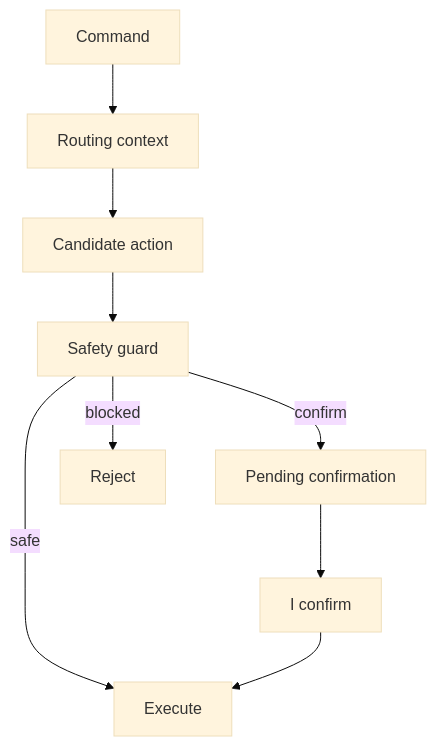
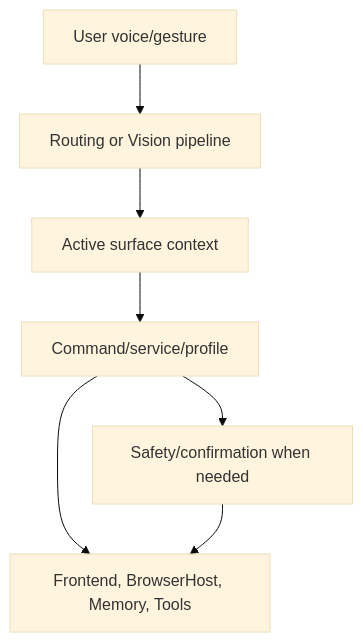
Before and after one commit to JarnoGerrets/merlin: the diagram in Merlin.Vault/02_Architecture/Safety and Confirmation Architecture.md, drawn with Mermaid (base theme). The commit also changed other lines of this file and 525 other files, not shown here.

Commit message:
huge architectual refractor

````diff
--- a/Merlin.Vault/02_Architecture/Safety and Confirmation Architecture.md
+++ b/Merlin.Vault/02_Architecture/Safety and Confirmation Architecture.md
@@ -37,11 +53,9 @@
 ```mermaid
 flowchart TD
-    Command[Command] --> Route[Routing context]
-    Route --> Candidate[Candidate action]
-    Candidate --> Safety[Safety guard]
-    Safety -->|safe| Execute[Execute]
-    Safety -->|confirm| Pending[Pending confirmation]
-    Pending --> Confirm[I confirm]
-    Confirm --> Execute
-    Safety -->|blocked| Reject[Reject]
+    U[User voice/gesture] --> R[Routing or Vision pipeline]
+    R --> S[Active surface context]
+    S --> C[Command/service/profile]
+    C --> F[Frontend, BrowserHost, Memory, Tools]
+    C --> G[Safety/confirmation when needed]
+    G --> F
 ```
````
